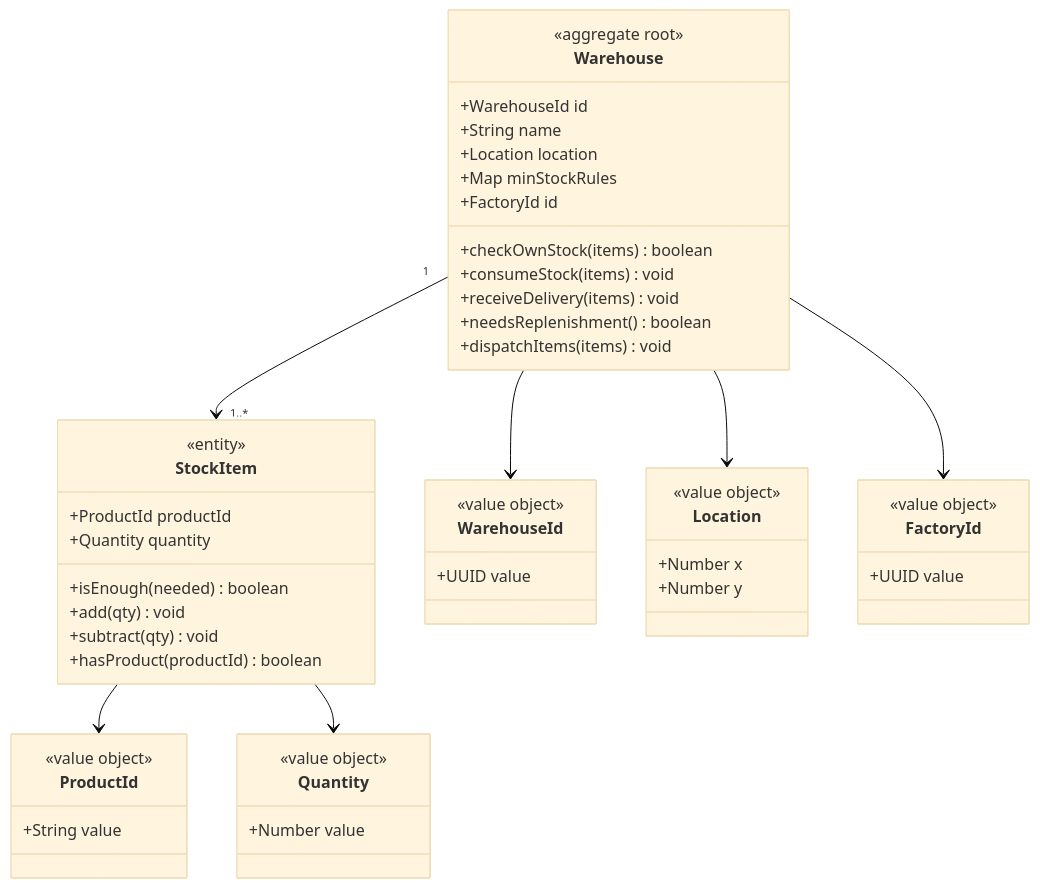
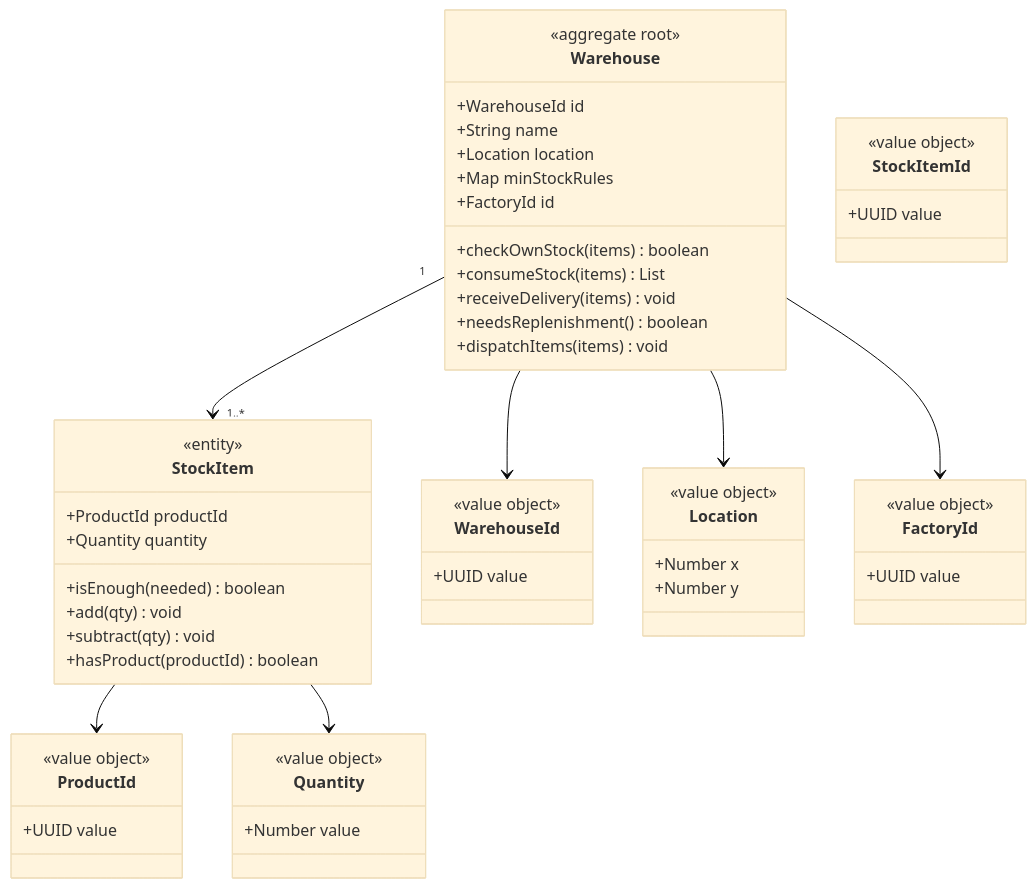
Before and after one commit to Esmeralda6/Warehouse-Workshop: the first of 6 diagrams in README.md, drawn with Mermaid (base theme). The commit also changed other lines of this file, not shown here.

````diff
--- a/README.md
+++ b/README.md
@@ -5,52 +5,57 @@
 ```mermaid
 classDiagram
     class Warehouse {
         <<aggregate root>>
         +WarehouseId id
         +String name
         +Location location
         +Map minStockRules
         +FactoryId id
         +checkOwnStock(items) boolean
-        +consumeStock(items) void
+        +consumeStock(items) List<stockItem>
         +receiveDelivery(items) void
         +needsReplenishment() boolean
         +dispatchItems(items) void
     }
     class StockItem {
         <<entity>>
         +ProductId productId
         +Quantity quantity
         +isEnough(needed) boolean
         +add(qty) void
         +subtract(qty) void
         +hasProduct(productId) boolean
     }
     class WarehouseId {
         <<value object>>
         +UUID value
     }
     class Location {
         <<value object>>
         +Number x
         +Number y
     }
     class Quantity {
         <<value object>>
         +Number value
     }
     class ProductId {
         <<value object>>
-        +String value
+        +UUID value
     }
     class FactoryId {
         <<value object>>
         +UUID value
-}
+    }
+    class StockItemId {
+        <<value object>>
+        +UUID value
+    }
     Warehouse "1" --> "1..*" StockItem
     Warehouse --> WarehouseId
     Warehouse --> Location
     Warehouse --> FactoryId
     StockItem --> ProductId
     StockItem --> Quantity
+    
 ```
````
